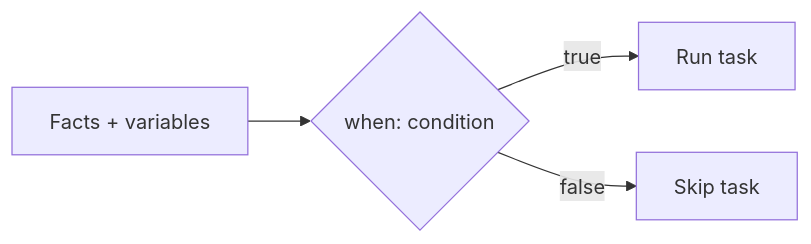
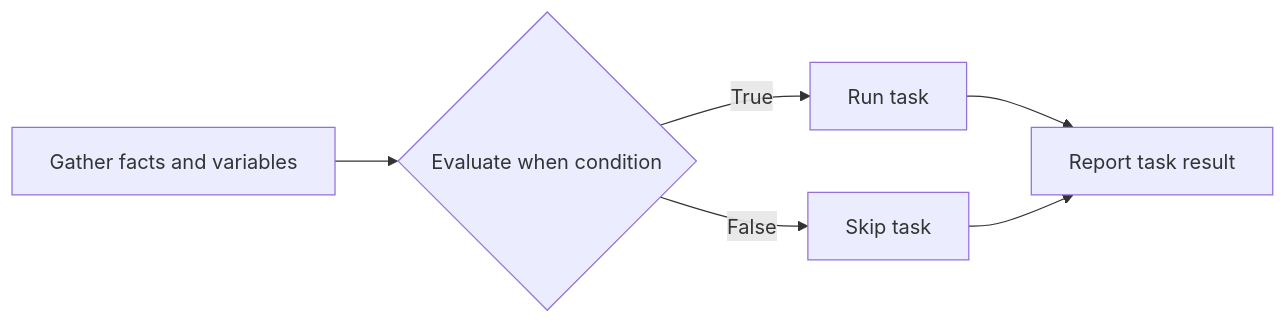
One commit to Ansible-workshop-ch/bootcamp changed the first of 5 diagrams in module05/conditions-loops-handlers-templates.md. Above: the diagram before and after it, drawn with Mermaid. The commit also changed other lines of this file, not shown here.

````diff
--- a/module05/conditions-loops-handlers-templates.md
+++ b/module05/conditions-loops-handlers-templates.md
@@ -34,6 +104,10 @@
 ```mermaid
 flowchart LR
-    F[Facts + variables] --> C{when: condition}
-    C -->|true| RUN[Run task]
-    C -->|false| SKIP[Skip task]
+    A[Gather facts and variables] --> B{Evaluate when condition}
+
+    B -->|True| C[Run task]
+    B -->|False| D[Skip task]
+
+    C --> E[Report task result]
+    D --> E
 ```
````
